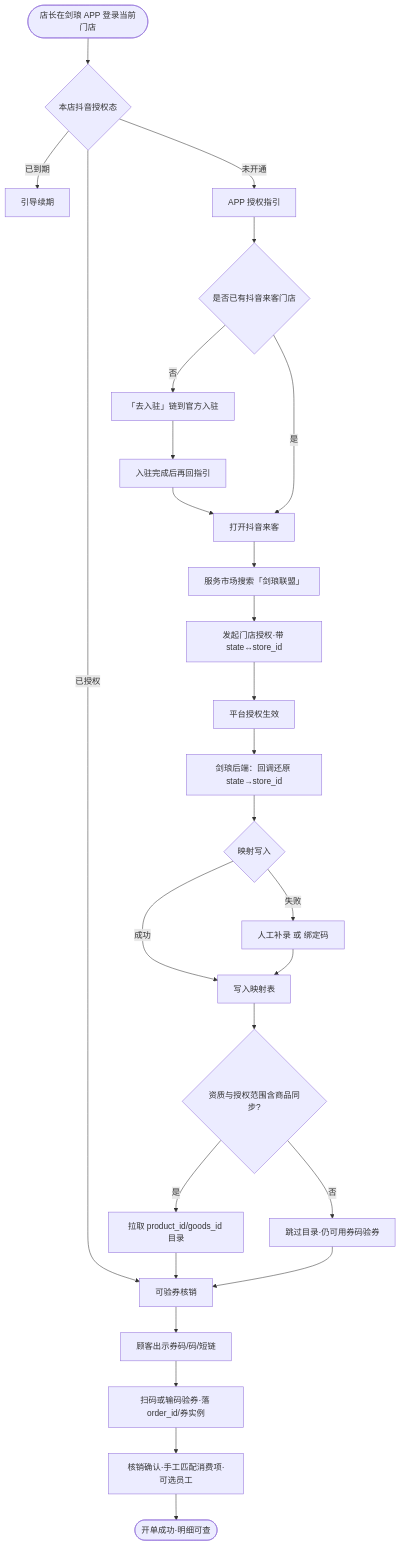
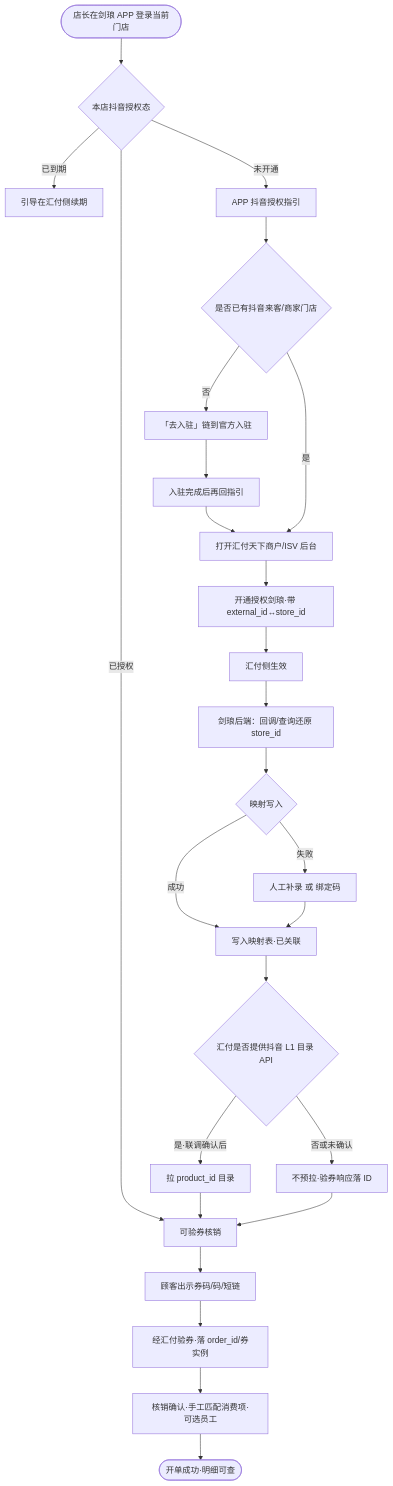
Before and after one commit to XDean-Designer/tiktok: the third of 5 diagrams in PRD-团购核销.md, drawn with Mermaid. The commit also changed other lines of this file and 71 other files, not shown here.

````diff
--- a/PRD-团购核销.md
+++ b/PRD-团购核销.md
@@ -976,31 +1003,30 @@
 ```mermaid
 flowchart TD
   S0([店长在剑琅 APP 登录当前门店]) --> S1{本店抖音授权态}
   S1 -->|已授权| S9[可验券核销]
-  S1 -->|已到期| S2[引导续期]
-  S1 -->|未开通| S3[APP 授权指引]
+  S1 -->|已到期| S2[引导在汇付侧续期]
+  S1 -->|未开通| S3[APP 抖音授权指引]
 
-  S3 --> S4{是否已有抖音来客门店}
+  S3 --> S4{是否已有抖音来客/商家门店}
   S4 -->|否| S4a[「去入驻」链到官方入驻]
   S4a --> S4b[入驻完成后再回指引]
   S4b --> S5
-  S4 -->|是| S5[打开抖音来客]
+  S4 -->|是| S5[打开汇付天下商户/ISV 后台]
 
-  S5 --> S6[服务市场搜索「剑琅联盟」]
-  S6 --> S7[发起门店授权·带 state↔store_id]
-  S7 --> S8[平台授权生效]
-  S8 --> B1[剑琅后端：回调还原 state→store_id]
+  S5 --> S6[开通授权剑琅·带 external_id↔store_id]
+  S6 --> S7[汇付侧生效]
+  S7 --> B1[剑琅后端：回调/查询还原 store_id]
   B1 --> B2{映射写入}
-  B2 -->|成功| B3[写入映射表]
+  B2 -->|成功| B3[写入映射表·已关联]
   B2 -->|失败| B4[人工补录 或 绑定码]
   B4 --> B3
-  B3 --> B5{资质与授权范围含商品同步?}
-  B5 -->|是| B6[拉取 product_id/goods_id 目录]
-  B5 -->|否| B7[跳过目录·仍可用券码验券]
+  B3 --> B5{汇付是否提供抖音 L1 目录 API}
+  B5 -->|是·联调确认后| B6[拉 product_id 目录]
+  B5 -->|否或未确认| B7[不预拉·验券响应落 ID]
   B6 --> S9
   B7 --> S9
   S9 --> S10[顾客出示券码/码/短链]
-  S10 --> S11[扫码或输码验券·落 order_id/券实例]
+  S10 --> S11[经汇付验券·落 order_id/券实例]
   S11 --> S12[核销确认·手工匹配消费项·可选员工]
   S12 --> S13([开单成功·明细可查])
 ```
````
